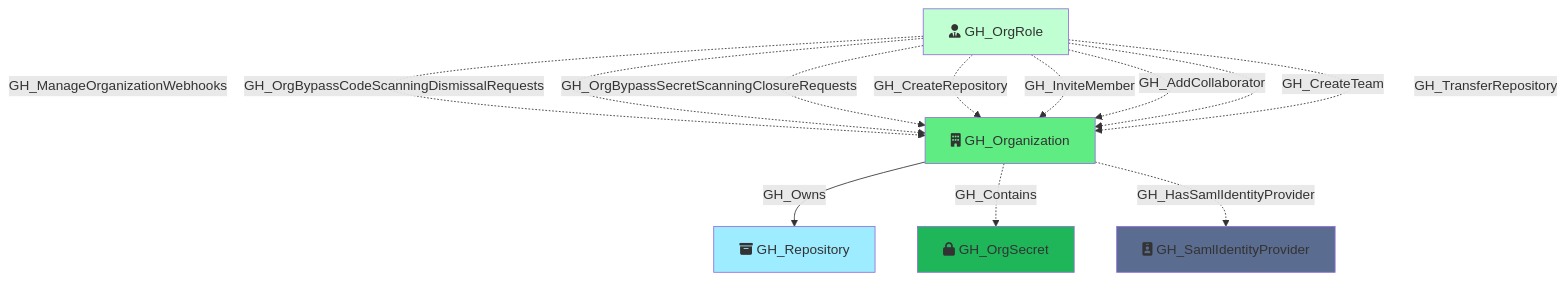
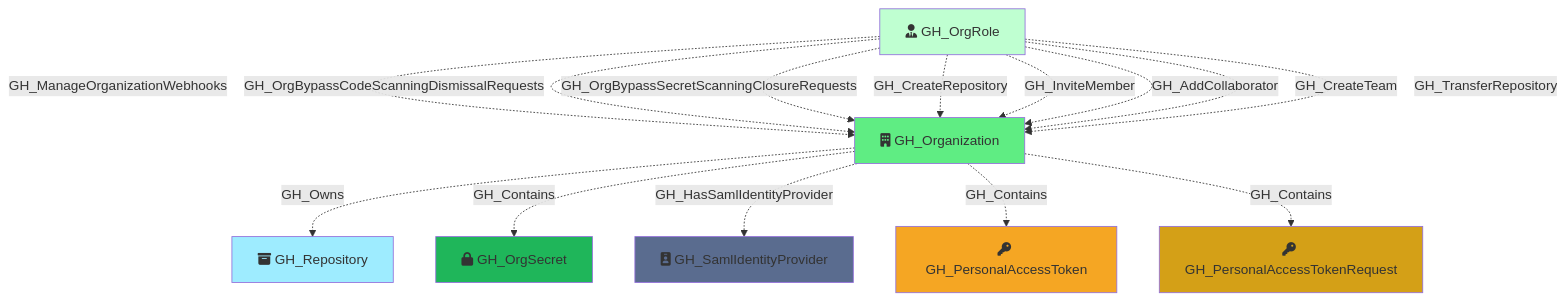
One commit to SpecterOps/GitHound changed the diagram in Documentation/Nodes/GH_Organization.md. Above: the diagram before and after it, drawn with Mermaid. The commit also changed other lines of this file, not shown here.

````diff
--- a/Documentation/Nodes/GH_Organization.md
+++ b/Documentation/Nodes/GH_Organization.md
@@ -108,26 +109,34 @@
 ```mermaid
 flowchart TD
     GH_Organization[fa:fa-building GH_Organization]
     GH_Repository[fa:fa-box-archive GH_Repository]
     GH_OrgSecret[fa:fa-lock GH_OrgSecret]
     GH_SamlIdentityProvider[fa:fa-id-badge GH_SamlIdentityProvider]
     GH_OrgRole[fa:fa-user-tie GH_OrgRole]
 
     style GH_Organization fill:#5FED83
     style GH_Repository fill:#9EECFF
     style GH_OrgSecret fill:#1FB65A
     style GH_SamlIdentityProvider fill:#5A6C8F
     style GH_OrgRole fill:#BFFFD1
 
-    GH_Organization -->|GH_Owns| GH_Repository
+    GH_Organization -.->|GH_Owns| GH_Repository
+    GH_PersonalAccessToken[fa:fa-key GH_PersonalAccessToken]
+    GH_PersonalAccessTokenRequest[fa:fa-key GH_PersonalAccessTokenRequest]
+
+    style GH_PersonalAccessToken fill:#F5A623
+    style GH_PersonalAccessTokenRequest fill:#D4A017
+
     GH_Organization -.->|GH_Contains| GH_OrgSecret
     GH_Organization -.->|GH_HasSamlIdentityProvider| GH_SamlIdentityProvider
+    GH_Organization -.->|GH_Contains| GH_PersonalAccessToken
+    GH_Organization -.->|GH_Contains| GH_PersonalAccessTokenRequest
     GH_OrgRole -.->|GH_ManageOrganizationWebhooks| GH_Organization
     GH_OrgRole -.->|GH_OrgBypassCodeScanningDismissalRequests| GH_Organization
     GH_OrgRole -.->|GH_OrgBypassSecretScanningClosureRequests| GH_Organization
     GH_OrgRole -.->|GH_CreateRepository| GH_Organization
     GH_OrgRole -.->|GH_InviteMember| GH_Organization
     GH_OrgRole -.->|GH_AddCollaborator| GH_Organization
     GH_OrgRole -.->|GH_CreateTeam| GH_Organization
     GH_OrgRole -.->|GH_TransferRepository| GH_Organization
 ```
````
